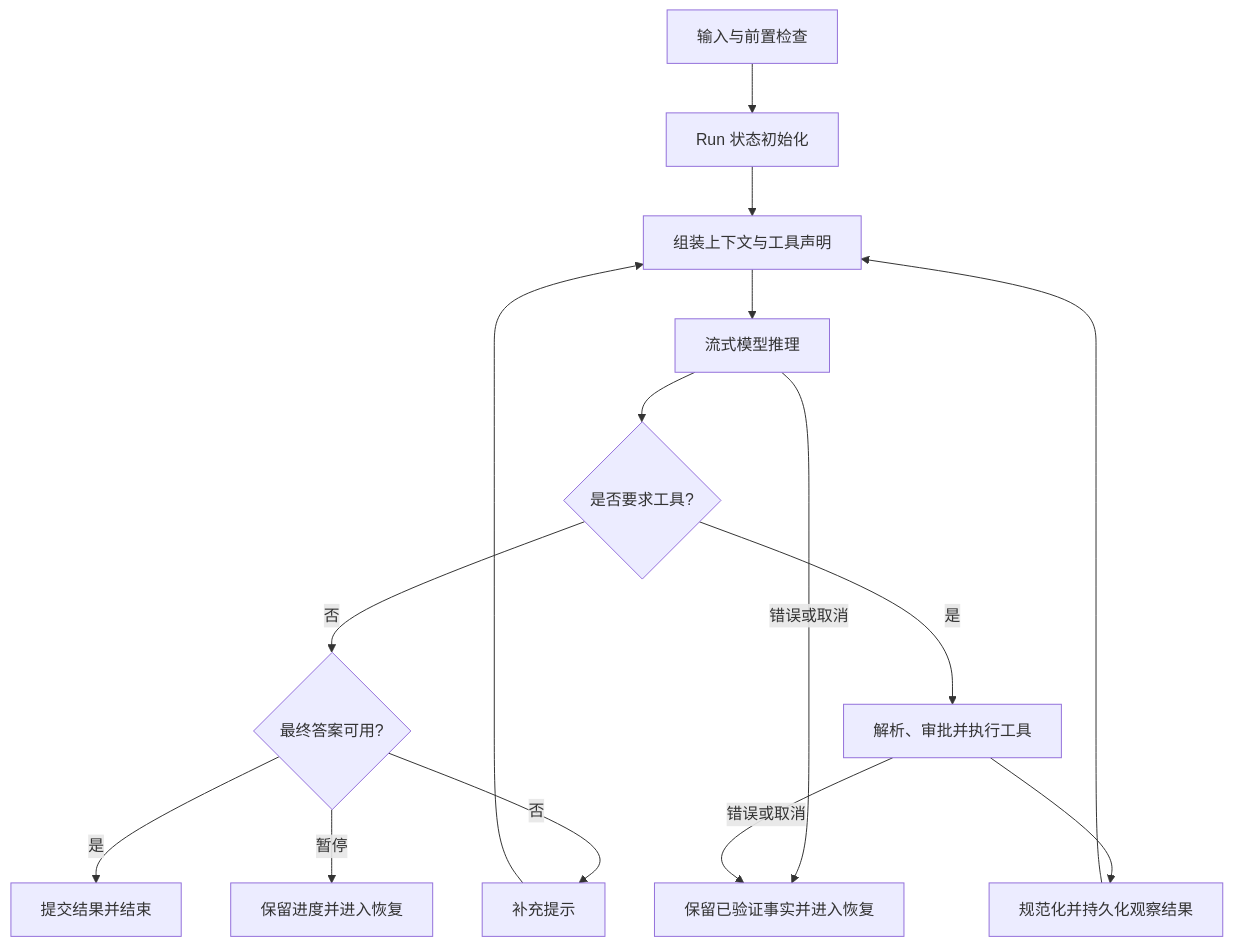
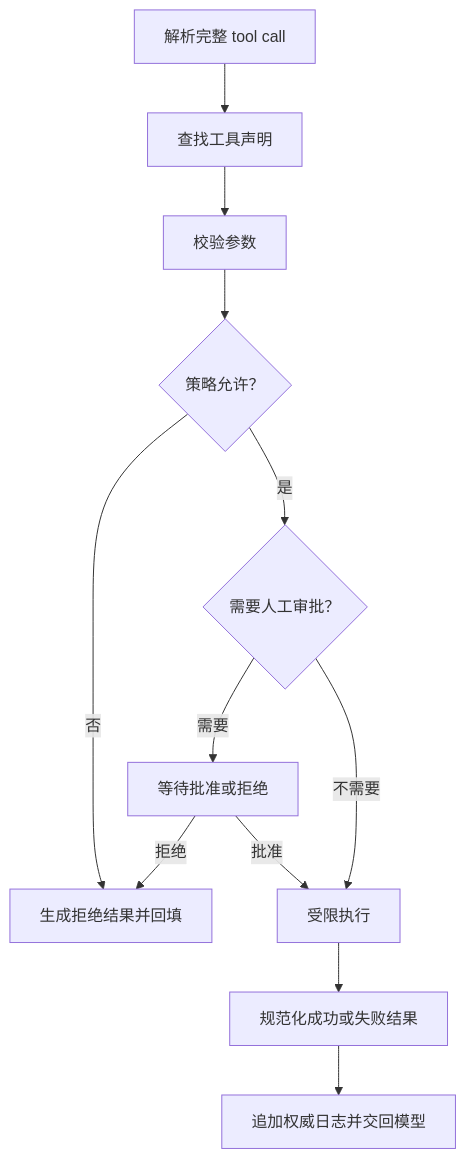
Before and after one commit to xiaoslin9153/awesome-agent-harness-tutorial: the second of 2 diagrams in tutorial/zh-CN/01-core-concepts/agent-run-lifecycle.md, drawn with Mermaid. The commit also changed other lines of this file and 3 other files, not shown here.

````diff
--- a/tutorial/zh-CN/01-core-concepts/agent-run-lifecycle.md
+++ b/tutorial/zh-CN/01-core-concepts/agent-run-lifecycle.md
@@ -31,17 +133,14 @@
 ```mermaid
 flowchart TD
-  A[输入与前置检查] --> B[Run 状态初始化]
-  B --> C[组装上下文与工具声明]
-  C --> D[流式模型推理]
-  D --> E{是否要求工具?}
-  E -- 否 --> F{最终答案可用?}
-  F -- 是 --> G[提交结果并结束]
-  F -- 否 --> H[补充提示]
-  H --> C
-  F -- 暂停 --> R[保留进度并进入恢复]
-  E -- 是 --> I[解析、审批并执行工具]
-  I --> J[规范化并持久化观察结果]
-  J --> C
-  D -->|错误或取消| K[保留已验证事实并进入恢复]
-  I -->|错误或取消| K
+  A[解析完整 tool call] --> B[查找工具声明]
+  B --> C[校验参数]
+  C --> D{策略允许？}
+  D -- 否 --> E[生成拒绝结果并回填]
+  D -- 是 --> F{需要人工审批？}
+  F -- 需要 --> G[等待批准或拒绝]
+  G -- 批准 --> H[受限执行]
+  G -- 拒绝 --> E
+  F -- 不需要 --> H
+  H --> I[规范化成功或失败结果]
+  I --> J[追加权威日志并交回模型]
 ```
````
